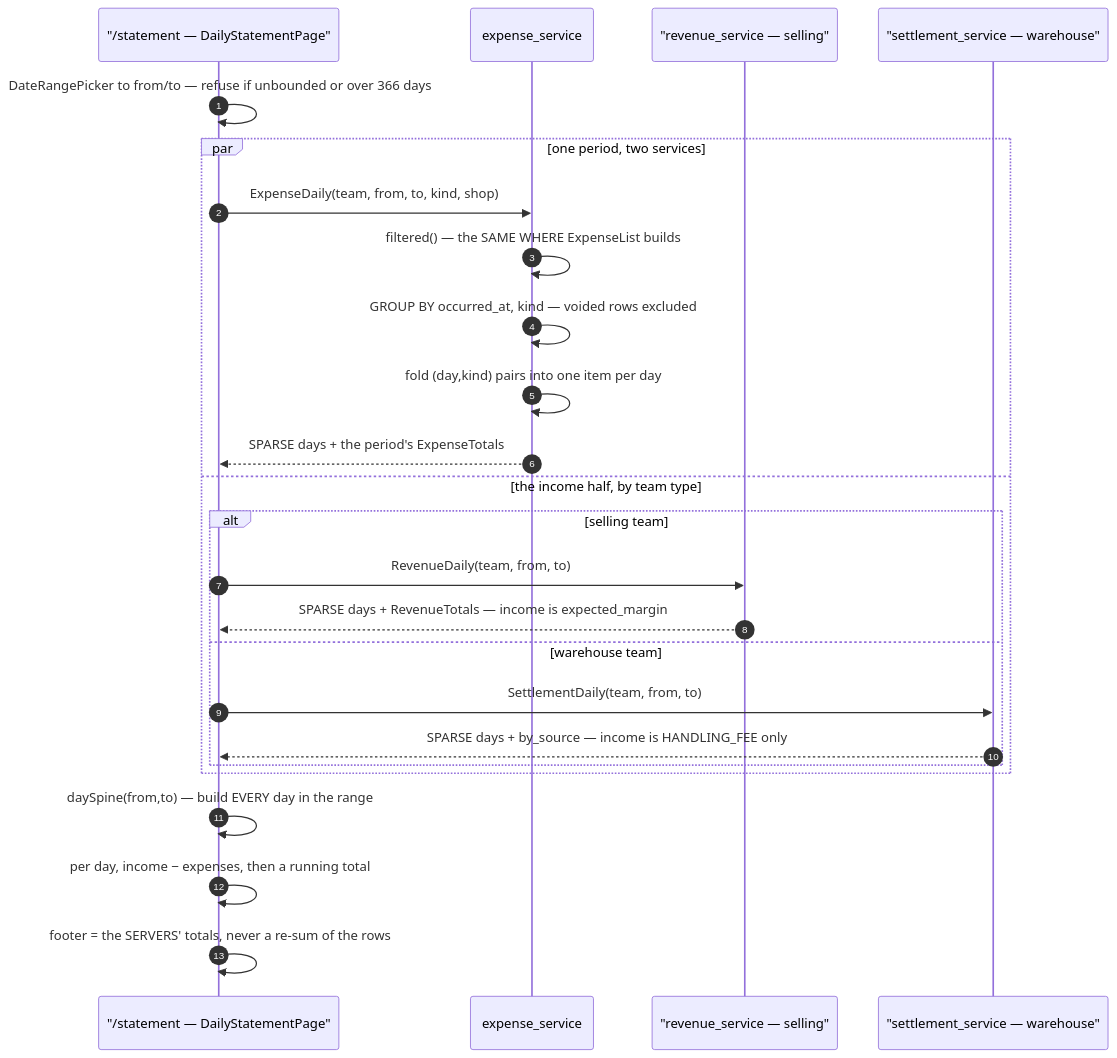
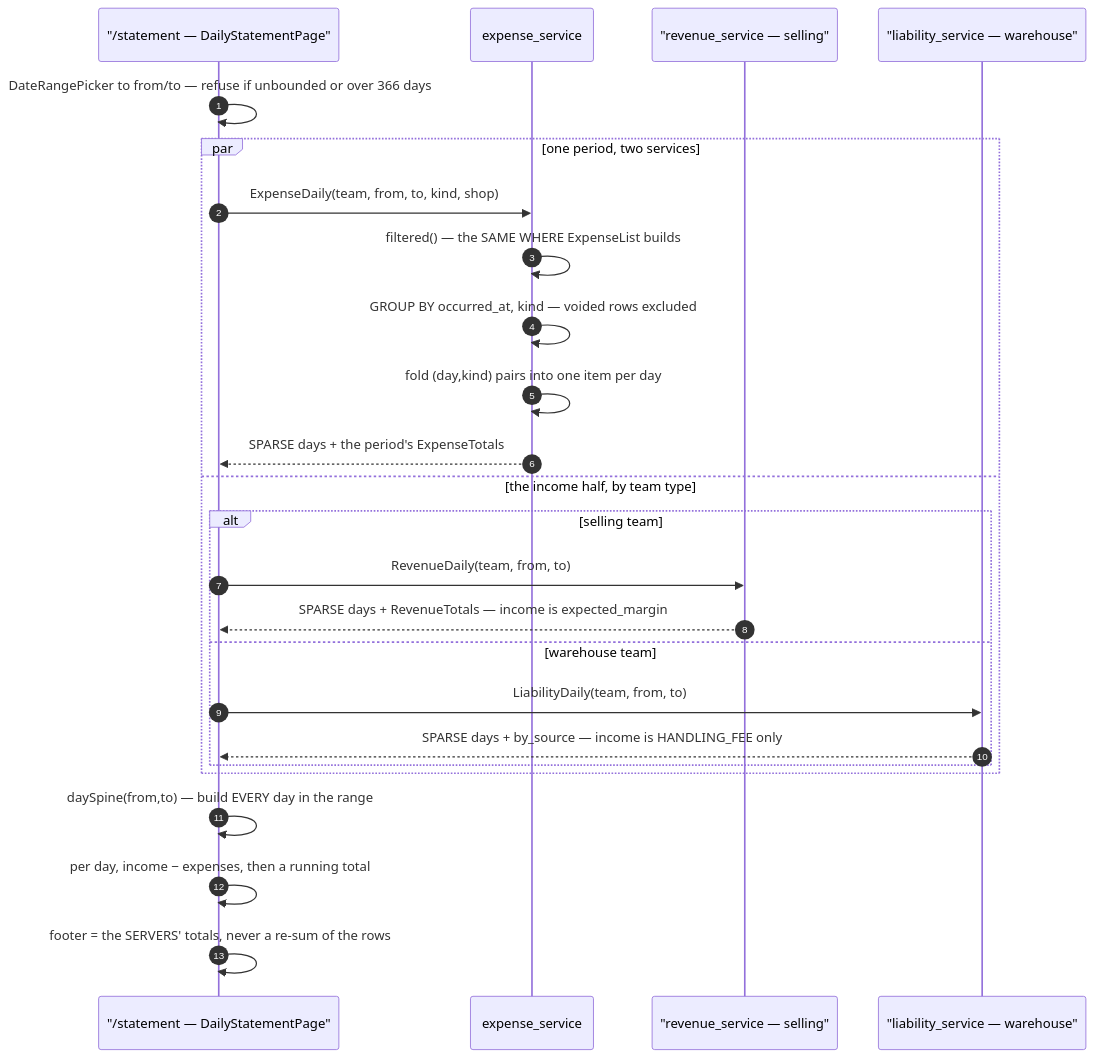
The diagram in docs/services/expense_service/rpc.md (pdcgo/warehouse_revamp), drawn with Mermaid before and after one commit. The commit also changed other lines of this file and 221 other files, not shown here.

````diff
--- a/docs/services/expense_service/rpc.md
+++ b/docs/services/expense_service/rpc.md
@@ -69,30 +69,30 @@
 ```mermaid
 sequenceDiagram
     autonumber
     participant UI as "/statement — DailyStatementPage"
     participant E as expense_service
     participant R as "revenue_service — selling"
-    participant S as "settlement_service — warehouse"
+    participant S as "liability_service — warehouse"
 
     UI->>UI: DateRangePicker to from/to — refuse if unbounded or over 366 days
 
     par one period, two services
         UI->>E: ExpenseDaily(team, from, to, kind, shop)
         E->>E: filtered() — the SAME WHERE ExpenseList builds
         E->>E: GROUP BY occurred_at, kind — voided rows excluded
         E->>E: fold (day,kind) pairs into one item per day
         E-->>UI: SPARSE days + the period's ExpenseTotals
     and the income half, by team type
         alt selling team
             UI->>R: RevenueDaily(team, from, to)
             R-->>UI: SPARSE days + RevenueTotals — income is expected_margin
         else warehouse team
-            UI->>S: SettlementDaily(team, from, to)
+            UI->>S: LiabilityDaily(team, from, to)
             S-->>UI: SPARSE days + by_source — income is HANDLING_FEE only
         end
     end
 
     UI->>UI: daySpine(from,to) — build EVERY day in the range
     UI->>UI: per day, income − expenses, then a running total
     UI->>UI: footer = the SERVERS' totals, never a re-sum of the rows
 ```
````
